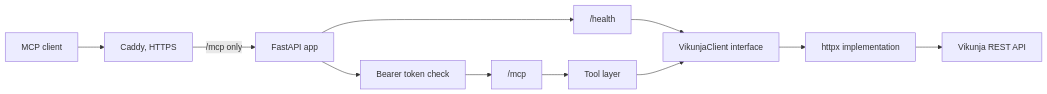
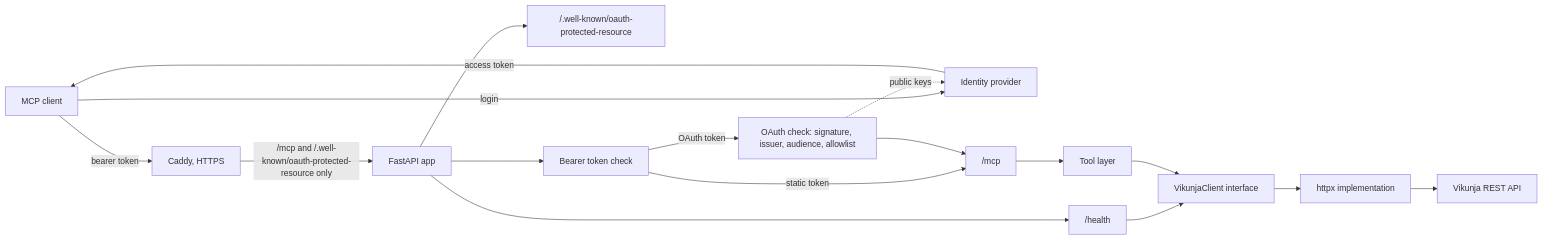
Before and after one commit to pinterbarni/vikunja-mcp: the diagram in README.md, drawn with Mermaid. The commit also changed other lines of this file and 4 other files, not shown here.

Commit message:
chore: add MIT license, document OAuth login and the access model

````diff
--- a/README.md
+++ b/README.md
@@ -128,13 +147,19 @@
 ```mermaid
 flowchart LR
-    C[MCP client] --> P[Caddy, HTTPS]
-    P -->|"/mcp only"| A[FastAPI app]
+    C[MCP client] -->|"login"| L[Identity provider]
+    L -->|"access token"| C
+    C -->|"bearer token"| P[Caddy, HTTPS]
+    P -->|"/mcp and /.well-known/oauth-protected-resource only"| A[FastAPI app]
     A --> H["/health"]
+    A --> W["/.well-known/oauth-protected-resource"]
     A --> B[Bearer token check]
-    B --> M["/mcp"]
+    B -->|"static token"| M["/mcp"]
+    B -->|"OAuth token"| O["OAuth check: signature, issuer, audience, allowlist"]
+    O -.->|"public keys"| L
+    O --> M
     M --> T[Tool layer]
     H --> I[VikunjaClient interface]
     T --> I
     I --> X[httpx implementation]
     X --> V[Vikunja REST API]
 ```
````
